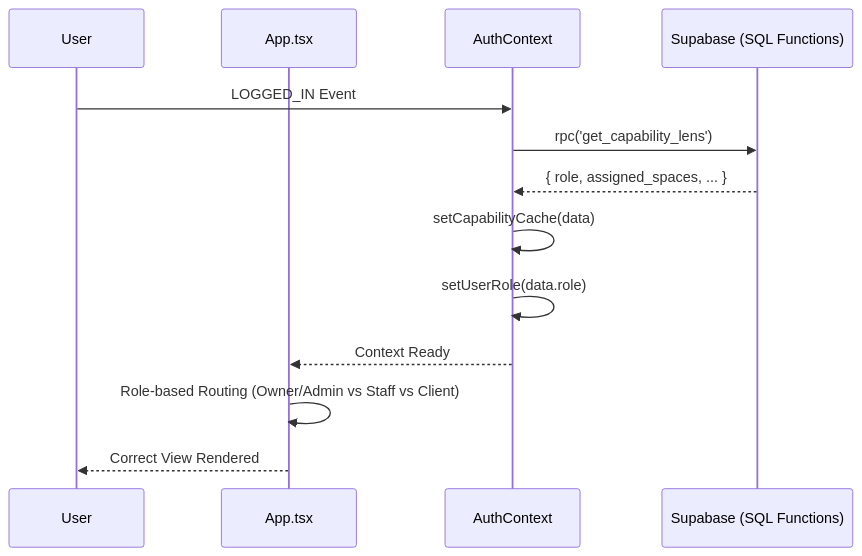
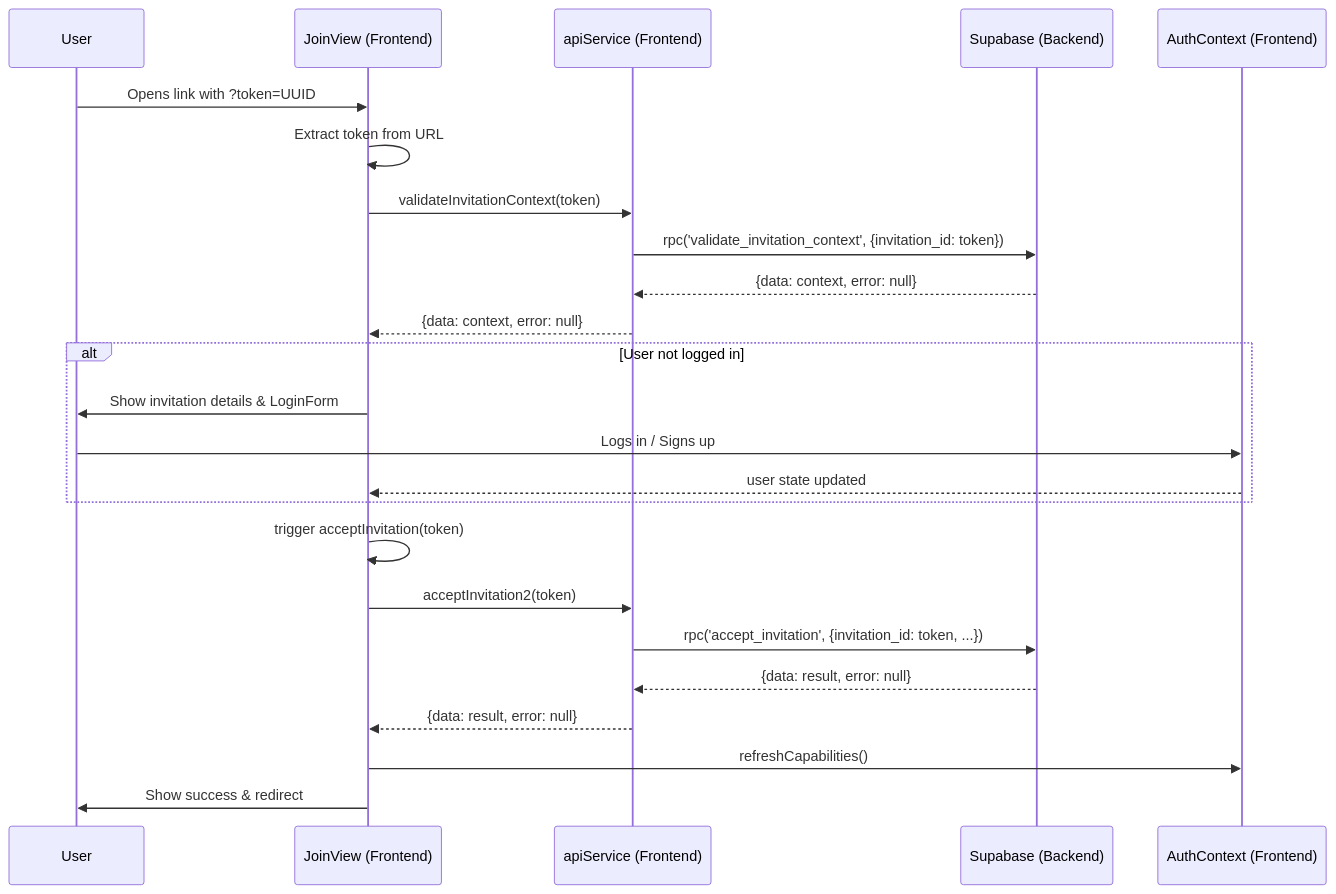
One commit to Kingofinfinity0/Space.Inc changed the first of 2 diagrams in space.inc/Work.md. Above: the diagram before and after it, drawn with Mermaid. The commit also changed other lines of this file and 8 other files, not shown here.

Commit message:
Refactor meeting orchestration and cleanup apiService signatures/bodies

````diff
--- a/space.inc/Work.md
+++ b/space.inc/Work.md
@@ -5,16 +5,29 @@
 ```mermaid
 sequenceDiagram
-    participant User
-    participant App as App.tsx
-    participant Auth as AuthContext
-    participant DB as Supabase (SQL Functions)
+    participant U as User
+    participant JV as JoinView (Frontend)
+    participant AS as apiService (Frontend)
+    participant SB as Supabase (Backend)
+    participant AC as AuthContext (Frontend)
 
-    User->>Auth: LOGGED_IN Event
-    Auth->>DB: rpc('get_capability_lens')
-    DB-->>Auth: { role, assigned_spaces, ... }
-    Auth->>Auth: setCapabilityCache(data)
-    Auth->>Auth: setUserRole(data.role)
-    Auth-->>App: Context Ready
-    App->>App: Role-based Routing (Owner/Admin vs Staff vs Client)
-    App-->>User: Correct View Rendered
+    U->>JV: Opens link with ?token=UUID
+    JV->>JV: Extract token from URL
+    JV->>AS: validateInvitationContext(token)
+    AS->>SB: rpc('validate_invitation_context', {invitation_id: token})
+    SB-->>AS: {data: context, error: null}
+    AS-->>JV: {data: context, error: null}
+    
+    alt User not logged in
+        JV->>U: Show invitation details & LoginForm
+        U->>AC: Logs in / Signs up
+        AC-->>JV: user state updated
+    end
+
+    JV->>JV: trigger acceptInvitation(token)
+    JV->>AS: acceptInvitation2(token)
+    AS->>SB: rpc('accept_invitation', {invitation_id: token, ...})
+    SB-->>AS: {data: result, error: null}
+    AS-->>JV: {data: result, error: null}
+    JV->>AC: refreshCapabilities()
+    JV->>U: Show success & redirect
 ```
````
